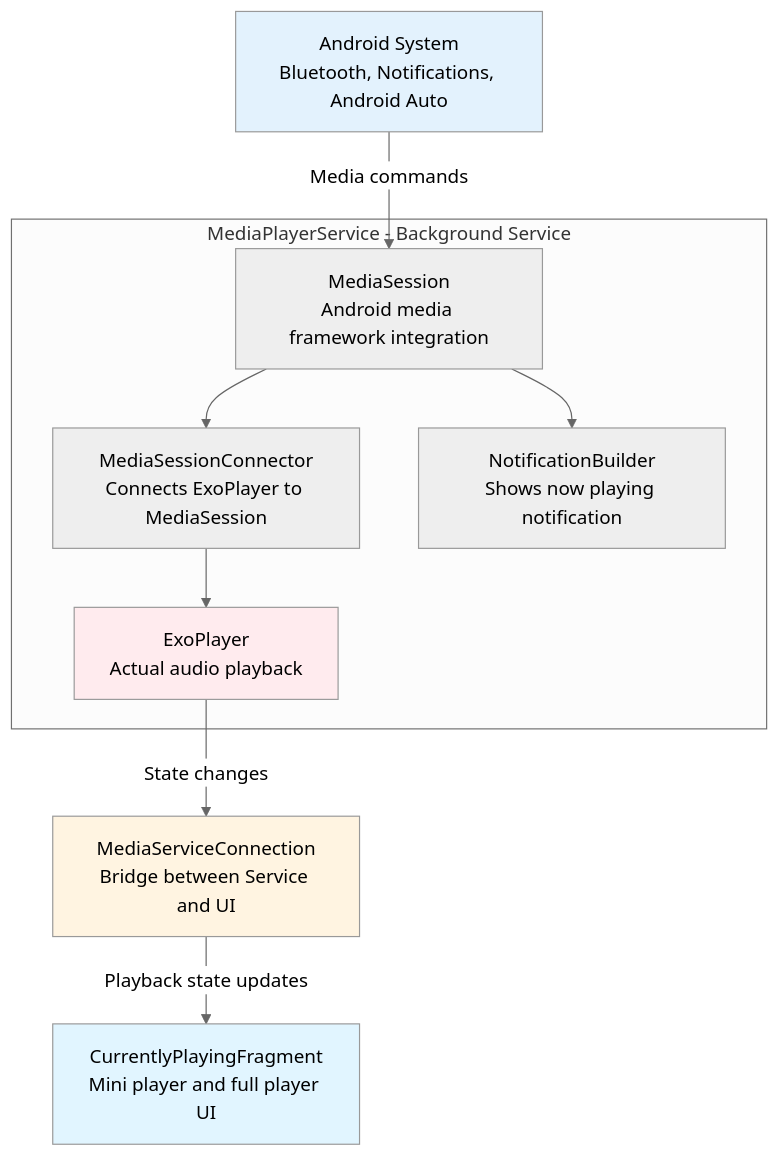
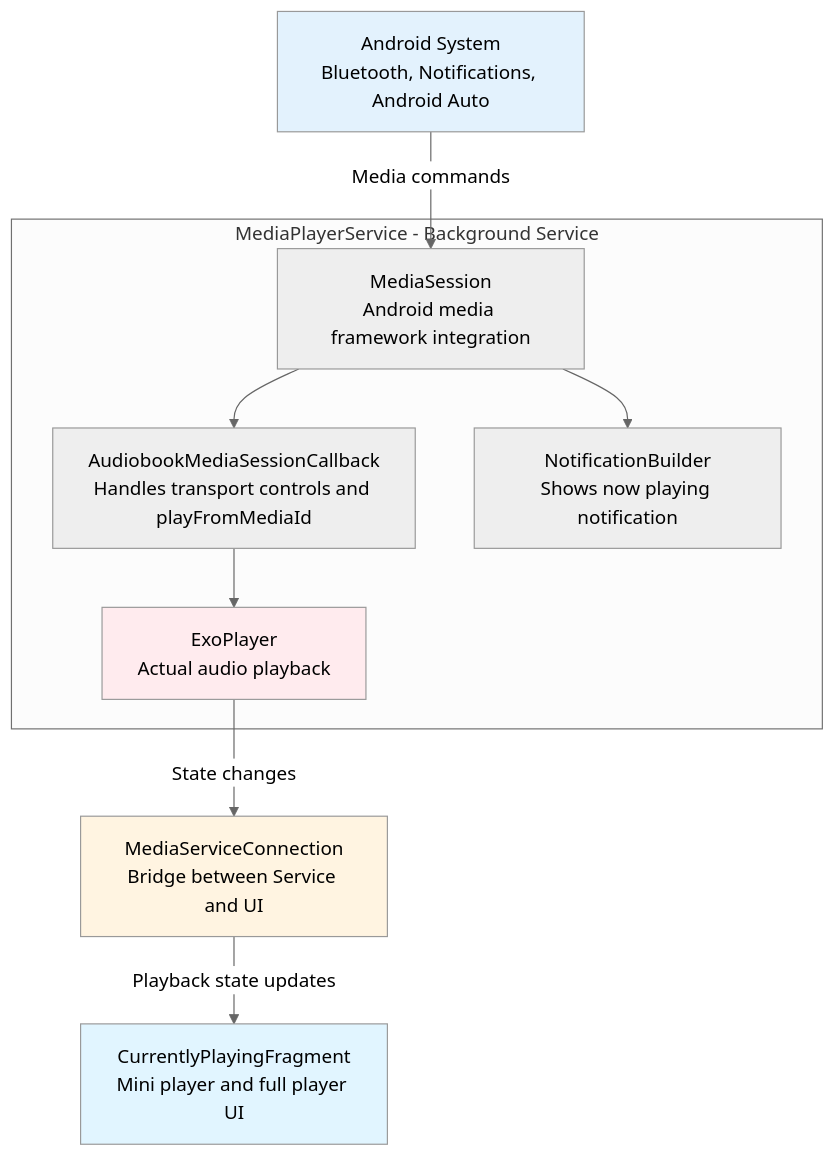
Before and after one commit to alebianco/chronicle: the fifth of 8 diagrams in backlog/docs/reference/07-visual-guide.md, drawn with Mermaid (neutral theme). The commit also changed other lines of this file and 29 other files, not shown here.

````diff
--- a/backlog/docs/reference/07-visual-guide.md
+++ b/backlog/docs/reference/07-visual-guide.md
@@ -183,26 +183,26 @@
 ```mermaid
 graph TB
     A[Android System<br/>Bluetooth, Notifications, Android Auto]
     
     subgraph MediaPlayerService - Background Service
         B[MediaSession<br/>Android media framework integration]
-        C[MediaSessionConnector<br/>Connects ExoPlayer to MediaSession]
+        C[AudiobookMediaSessionCallback<br/>Handles transport controls and playFromMediaId]
         D[ExoPlayer<br/>Actual audio playback]
         E[NotificationBuilder<br/>Shows now playing notification]
     end
     
     F[MediaServiceConnection<br/>Bridge between Service and UI]
     G[CurrentlyPlayingFragment<br/>Mini player and full player UI]
     
     A -->|Media commands| B
     B --> C
     C --> D
     B --> E
     F -->|Playback state updates| G
     D -->|State changes| F
     
     style A fill:#e3f2fd
     style D fill:#ffebee
     style F fill:#fff4e1
     style G fill:#e1f5ff
 ```
````
